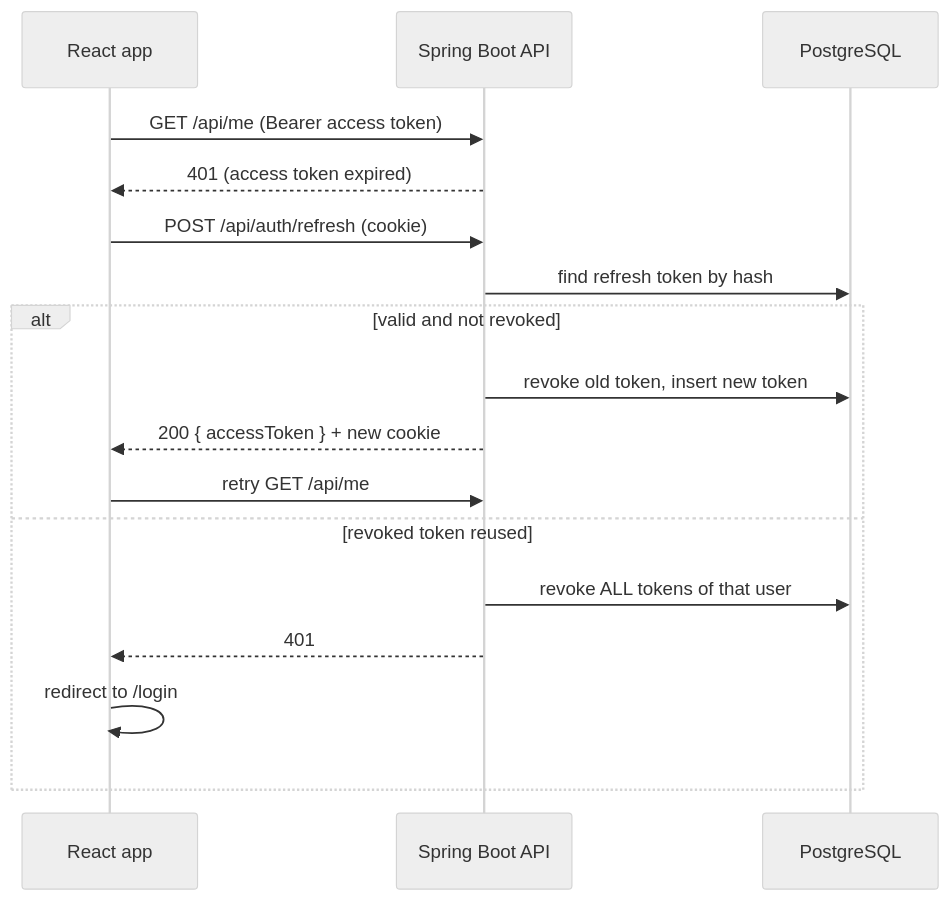
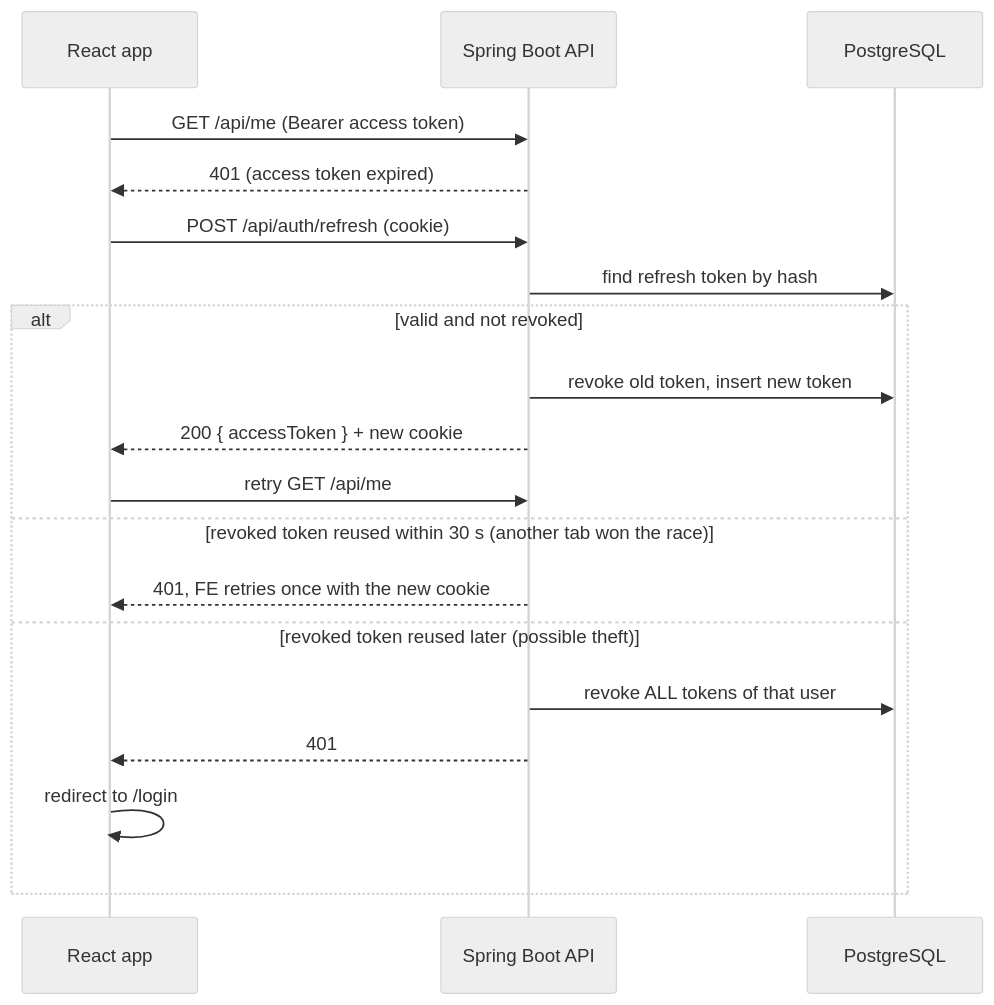
The second of 4 diagrams in docs/auth-flows.md (agusheryanto182/employee-portal), drawn with Mermaid (neutral theme) before and after one commit. The commit also changed 29 other files, not shown here.

````diff
--- a/docs/auth-flows.md
+++ b/docs/auth-flows.md
@@ -37,20 +37,22 @@
 ```mermaid
 sequenceDiagram
     participant FE as React app
     participant API as Spring Boot API
     participant DB as PostgreSQL
 
     FE->>API: GET /api/me (Bearer access token)
     API-->>FE: 401 (access token expired)
     FE->>API: POST /api/auth/refresh (cookie)
     API->>DB: find refresh token by hash
     alt valid and not revoked
         API->>DB: revoke old token, insert new token
         API-->>FE: 200 { accessToken } + new cookie
         FE->>API: retry GET /api/me
-    else revoked token reused
+    else revoked token reused within 30 s (another tab won the race)
+        API-->>FE: 401, FE retries once with the new cookie
+    else revoked token reused later (possible theft)
         API->>DB: revoke ALL tokens of that user
         API-->>FE: 401
         FE->>FE: redirect to /login
     end
 ```
````
